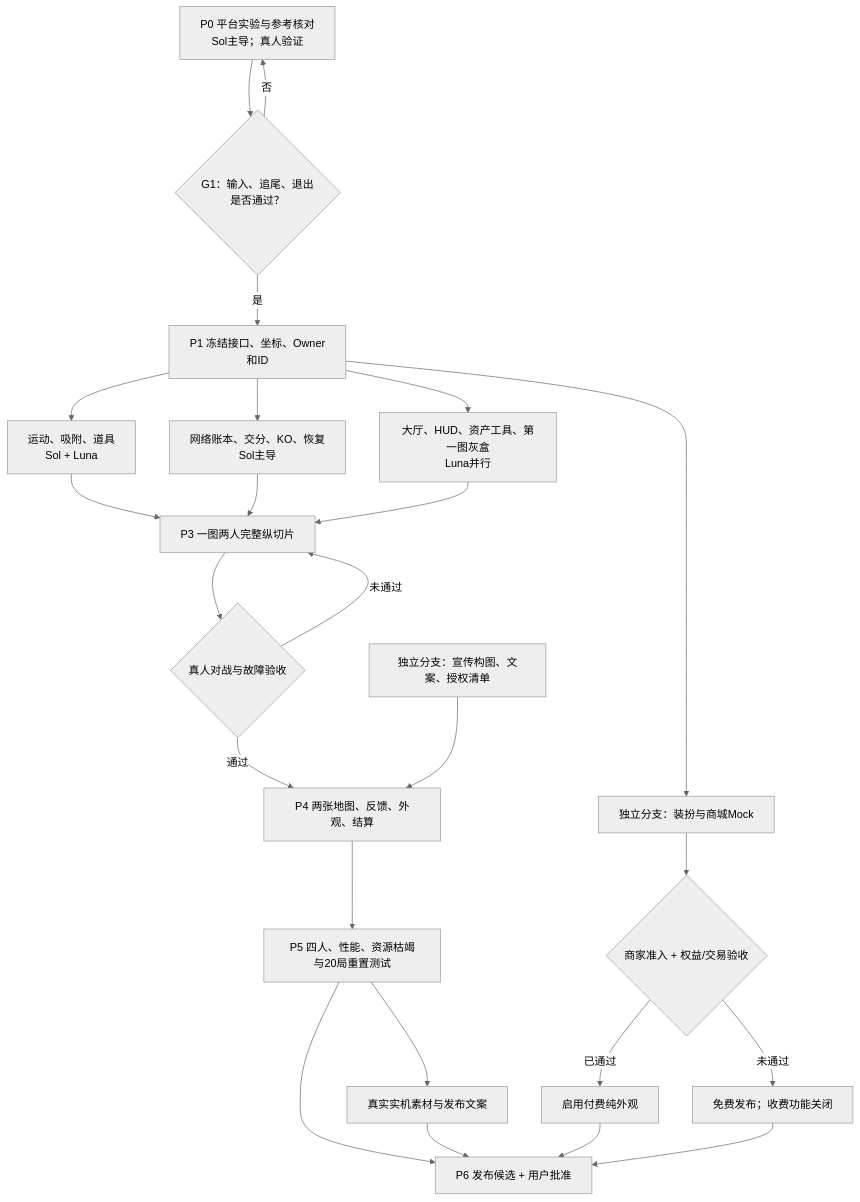
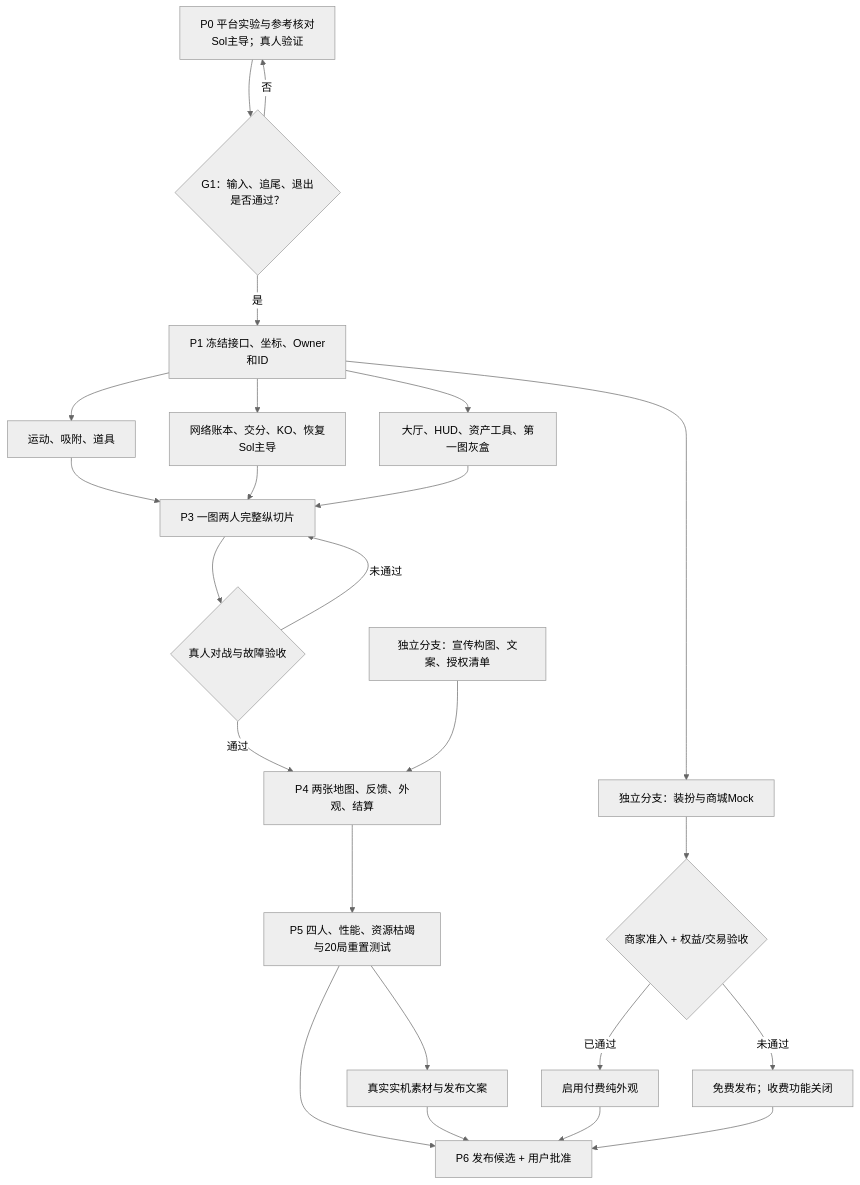
One commit to FuLuTang/VRChatKatamariDanacy changed the first of 2 diagrams in Docs/04_EXECUTION_PLAN.md. Above: the diagram before and after it, drawn with Mermaid (neutral theme). The commit also changed other lines of this file and 79 other files, not shown here.

````diff
--- a/Docs/04_EXECUTION_PLAN.md
+++ b/Docs/04_EXECUTION_PLAN.md
@@ -826,26 +825,26 @@
 ```mermaid
 flowchart TD
     A["P0 平台实验与参考核对<br/>Sol主导；真人验证"] --> B{"G1：输入、追尾、退出<br/>是否通过？"}
     B -->|否| A
     B -->|是| C["P1 冻结接口、坐标、Owner和ID"]
-    C --> D["运动、吸附、道具<br/>Sol + Luna"]
+    C --> D["运动、吸附、道具"]
     C --> E["网络账本、交分、KO、恢复<br/>Sol主导"]
-    C --> F["大厅、HUD、资产工具、第一图灰盒<br/>Luna并行"]
+    C --> F["大厅、HUD、资产工具、第一图灰盒"]
     D --> G["P3 一图两人完整纵切片"]
     E --> G
     F --> G
     G --> H{"真人对战与故障验收"}
     H -->|未通过| G
     H -->|通过| I["P4 两张地图、反馈、外观、结算"]
     I --> J["P5 四人、性能、资源枯竭与20局重置测试"]
     J --> K["P6 发布候选 + 用户批准"]
     C --> L["独立分支：装扮与商城Mock"]
     L --> M{"商家准入 + 权益/交易验收"}
     M -->|已通过| N["启用付费纯外观"]
     N --> K
     M -->|未通过| O["免费发布；收费功能关闭"]
     O --> K
     P["独立分支：宣传构图、文案、授权清单"] --> I
     J --> Q["真实实机素材与发布文案"]
     Q --> K
 ```
````
